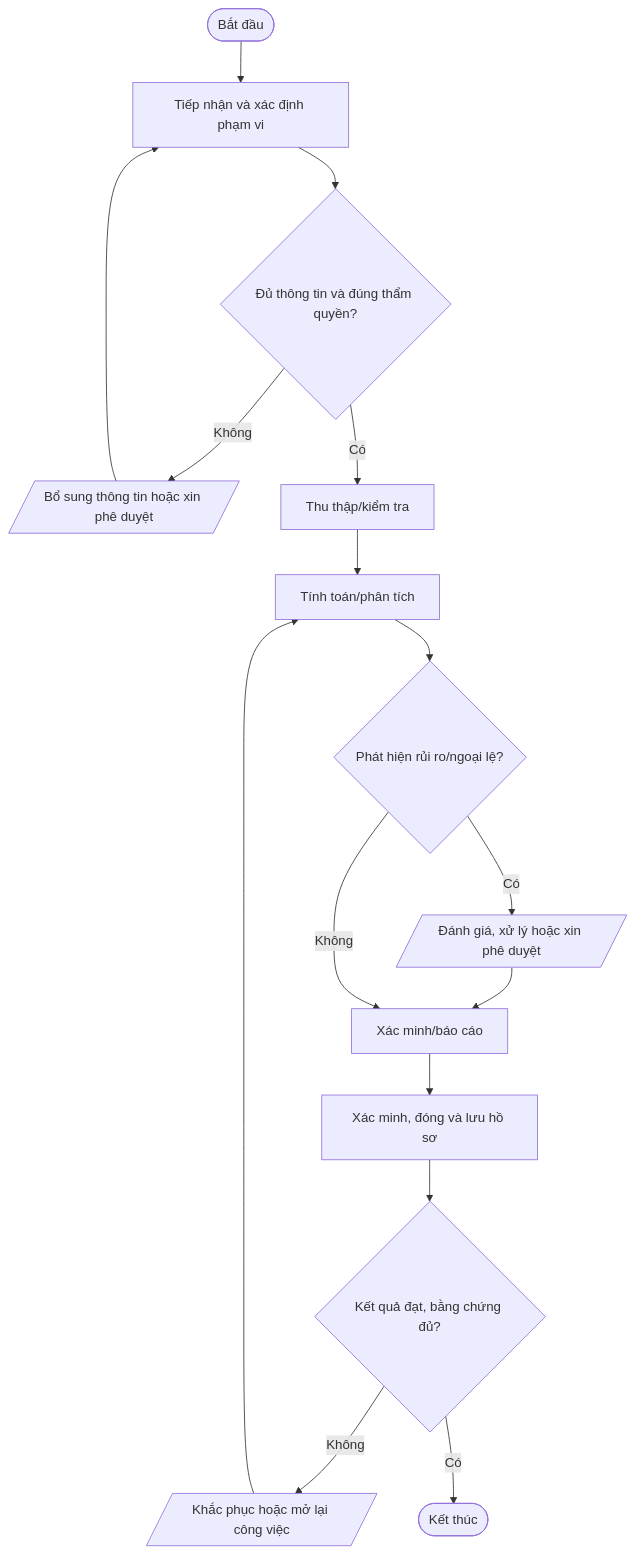
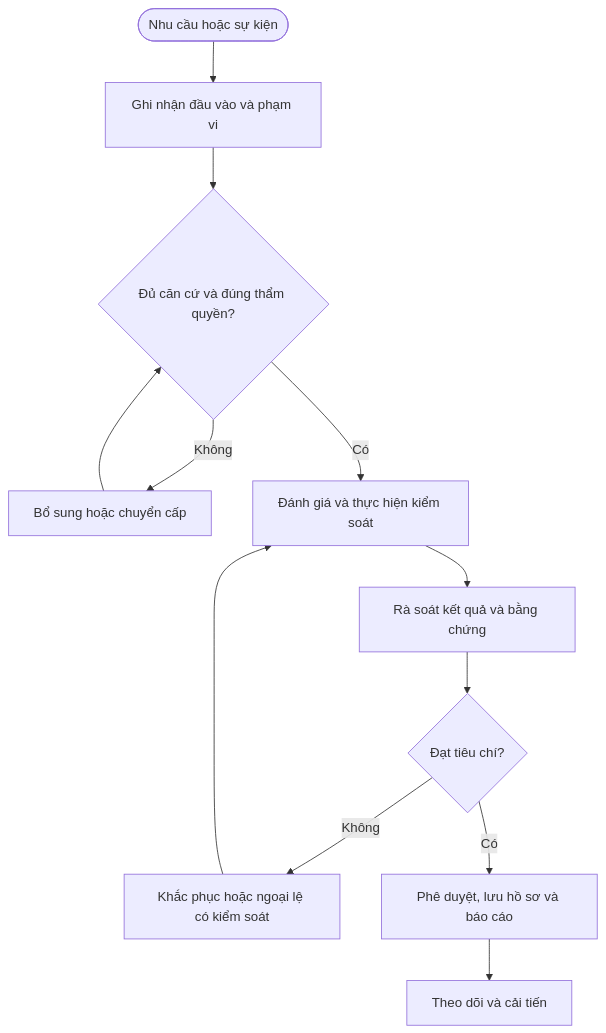
One commit to daoaigiangnam/Quy_Trinh_Chuan changed the diagram in quy-trinh/chi-tiet/QT-QL-01.md. Above: the diagram before and after it, drawn with Mermaid. The commit also changed other lines of this file, not shown here.

````diff
--- a/quy-trinh/chi-tiet/QT-QL-01.md
+++ b/quy-trinh/chi-tiet/QT-QL-01.md
@@ -31,18 +121,14 @@
 ```mermaid
 flowchart TD
-  A([Bắt đầu]) --> S1["Tiếp nhận và xác định phạm vi"]
-  S1 --> D1{"Đủ thông tin và đúng thẩm quyền?"}
-  D1 -- Không --> F1[/"Bổ sung thông tin hoặc xin phê duyệt"/]
-  F1 --> S1
-  D1 -- Có --> S2["Thu thập/kiểm tra"]
-  S2 --> S3["Tính toán/phân tích"]
-  S3 --> D2{"Phát hiện rủi ro/ngoại lệ?"}
-  D2 -- Có --> RISK[/"Đánh giá, xử lý hoặc xin phê duyệt"/]
-  RISK --> S4["Xác minh/báo cáo"]
-  D2 -- Không --> S4
-  S4 --> S5["Xác minh, đóng và lưu hồ sơ"]
-  S5 --> D3{"Kết quả đạt, bằng chứng đủ?"}
-  D3 -- Không --> R[/"Khắc phục hoặc mở lại công việc"/]
-  R --> S3
-  D3 -- Có --> Z([Kết thúc])
+ A([Nhu cầu hoặc sự kiện]) --> B[Ghi nhận đầu vào và phạm vi]
+ B --> C{Đủ căn cứ và đúng thẩm quyền?}
+ C -- Không --> D[Bổ sung hoặc chuyển cấp]
+ D --> C
+ C -- Có --> E[Đánh giá và thực hiện kiểm soát]
+ E --> F[Rà soát kết quả và bằng chứng]
+ F --> G{Đạt tiêu chí?}
+ G -- Không --> H[Khắc phục hoặc ngoại lệ có kiểm soát]
+ H --> E
+ G -- Có --> I[Phê duyệt, lưu hồ sơ và báo cáo]
+ I --> J[Theo dõi và cải tiến]
 ```
````
